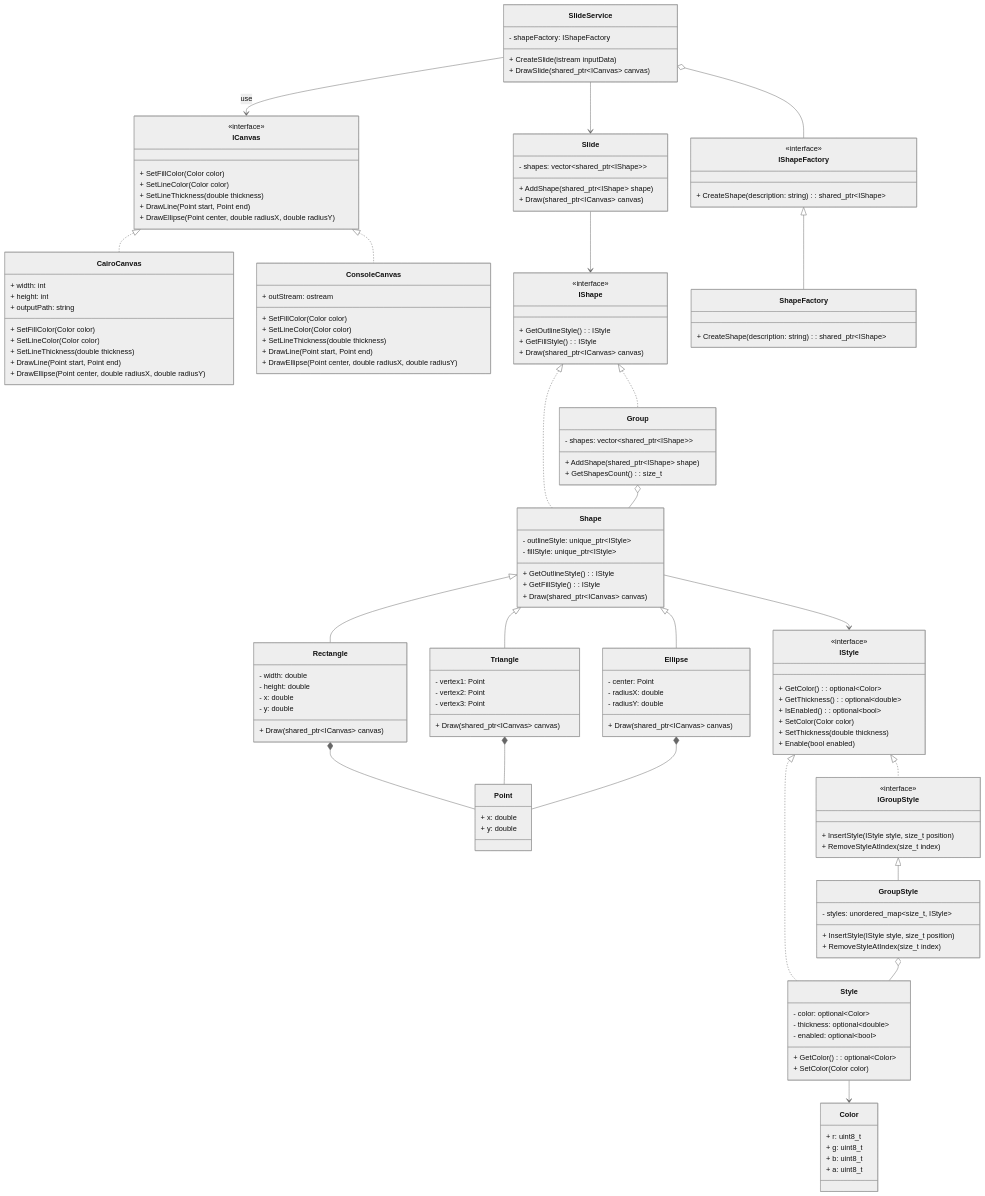
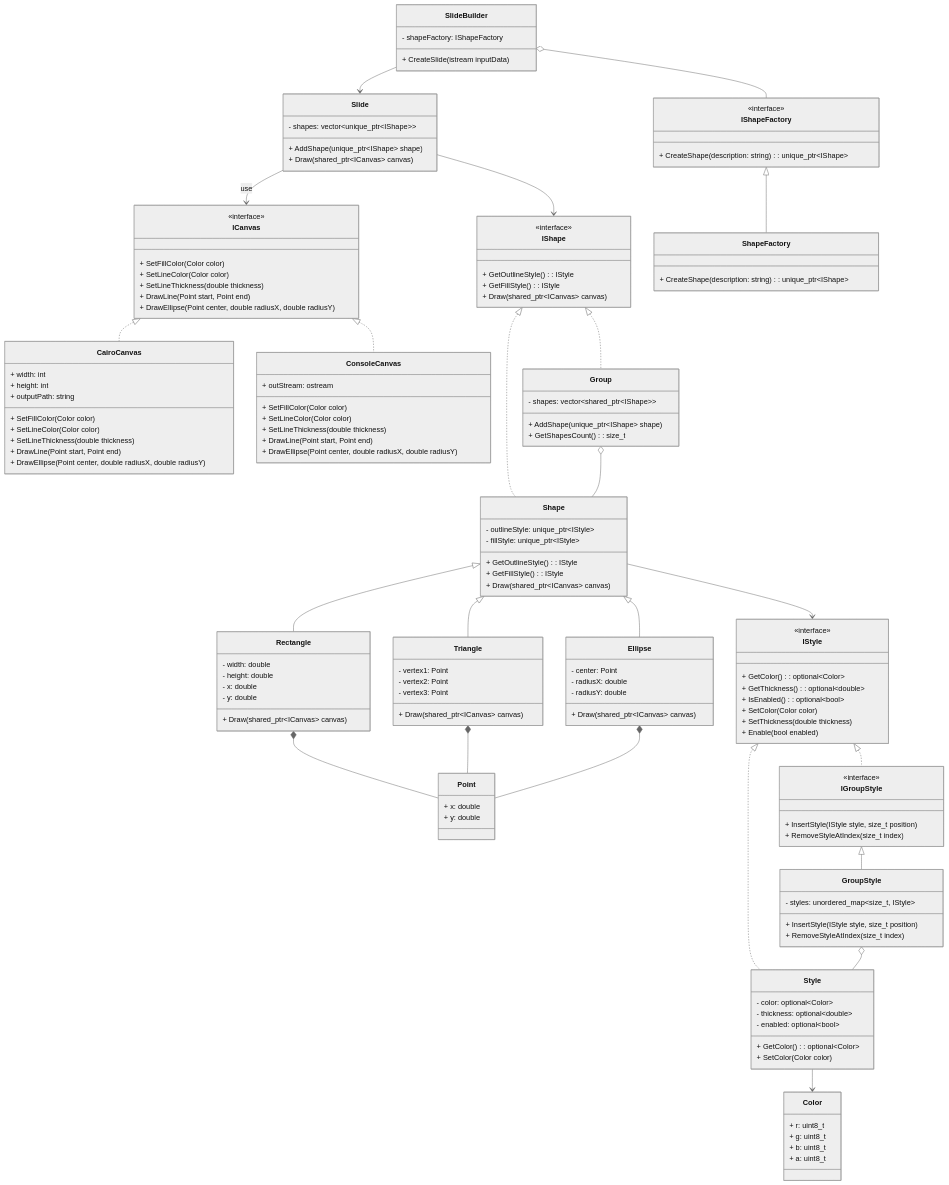
Before and after one commit to Thehedgeh0g/OODLabs: the diagram in 7/uml.md, drawn with Mermaid (neutral theme). The commit also changed other lines of this file and 16 other files, not shown here.

````diff
--- a/7/uml.md
+++ b/7/uml.md
@@ -78,7 +78,7 @@
 
     class Group {
         - shapes: vector~shared_ptr~IShape~~
-        + AddShape(shared_ptr~IShape~ shape)
+        + AddShape(unique_ptr~IShape~ shape)
         + GetShapesCount(): size_t
     }
 
@@ -95,29 +95,28 @@
 %% ShapeFactory Section
     class IShapeFactory {
         <<interface>>
-        + CreateShape(description: string): shared_ptr~IShape~
+        + CreateShape(description: string): unique_ptr~IShape~
     }
 
     class ShapeFactory {
-        + CreateShape(description: string): shared_ptr~IShape~
+        + CreateShape(description: string): unique_ptr~IShape~
     }
 
     IShapeFactory <|-- ShapeFactory
 
 %% Slide Section
     class Slide {
-        - shapes: vector~shared_ptr~IShape~~
-        + AddShape(shared_ptr~IShape~ shape)
+        - shapes: vector~unique_ptr~IShape~~
+        + AddShape(unique_ptr~IShape~ shape)
         + Draw(shared_ptr~ICanvas~ canvas)
     }
 
-    class SlideService {
+    class SlideBuilder {
         - shapeFactory: IShapeFactory
         + CreateSlide(istream inputData)
-        + DrawSlide(shared_ptr~ICanvas~ canvas)
     }
 
-    SlideService --> Slide
+    SlideBuilder --> Slide
     Slide --> IShape
 
 %% Style Section
@@ -164,8 +163,8 @@
     GroupStyle o-- Style
     Style --> Color
     Shape --> IStyle
-    
-    
-    SlideService o-- IShapeFactory
-    SlideService --> ICanvas : use
+
+
+    SlideBuilder o-- IShapeFactory
+    Slide --> ICanvas : use
 ```
````
